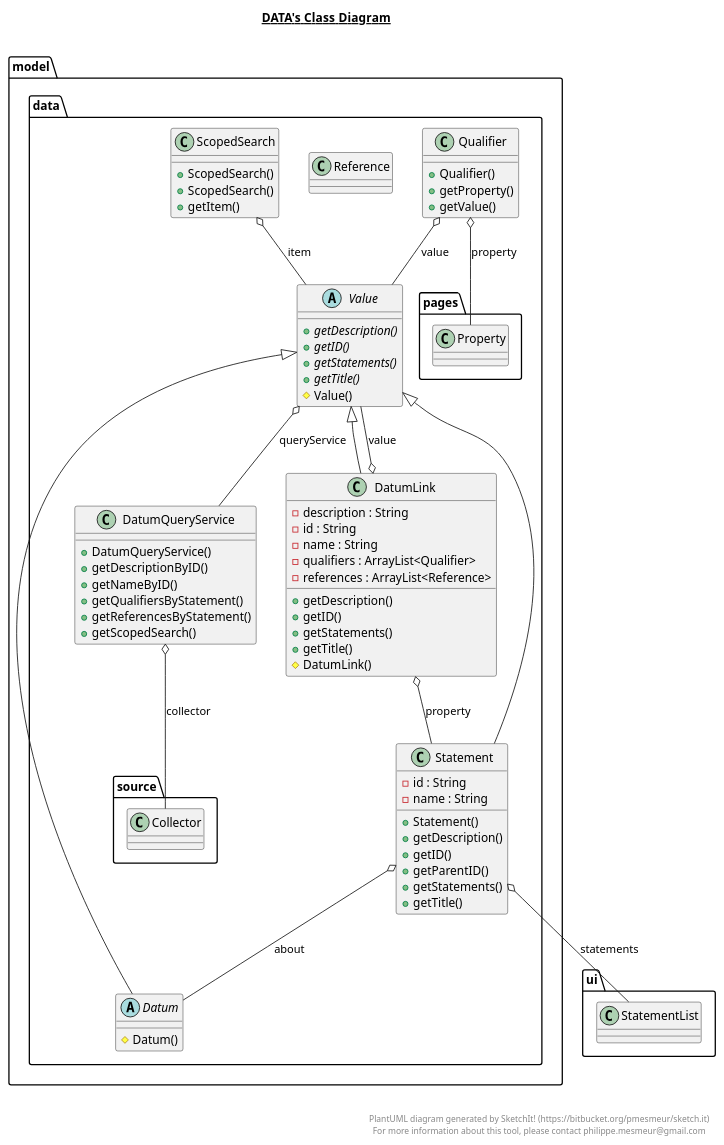
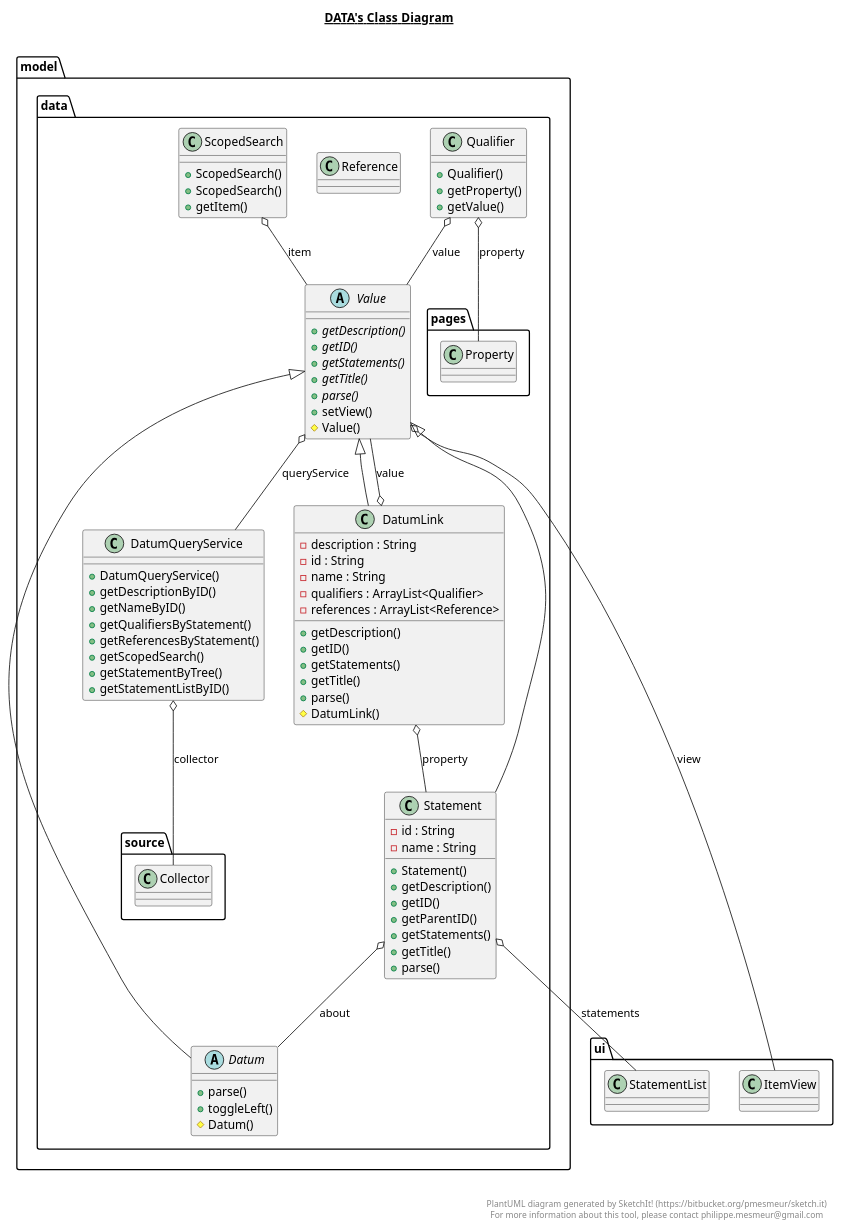
Before and after one commit to Bryce-MW/WikidataExplorer: the diagram in src/main/model/data/data.plantuml, drawn with PlantUML. The commit also changed 6 other files, not shown here.

Commit message:
Updated UML diagrams. There are a lot of circular dependencies!

```diff
--- a/src/main/model/data/data.plantuml
+++ b/src/main/model/data/data.plantuml
@@ -1,110 +1,119 @@
 @startuml
 
 title __DATA's Class Diagram__\n
 
   namespace model.data {
     abstract class model.data.Datum {
+        + parse()
+        + toggleLeft()
         # Datum()
     }
   }
   
 
   namespace model.data {
     class model.data.DatumLink {
         - description : String
         - id : String
         - name : String
         - qualifiers : ArrayList<Qualifier>
         - references : ArrayList<Reference>
         + getDescription()
         + getID()
         + getStatements()
         + getTitle()
+        + parse()
         # DatumLink()
     }
   }
   
 
   namespace model.data {
     class model.data.DatumQueryService {
         + DatumQueryService()
         + getDescriptionByID()
         + getNameByID()
         + getQualifiersByStatement()
         + getReferencesByStatement()
         + getScopedSearch()
+        + getStatementByTree()
+        + getStatementListByID()
     }
   }
   
 
   namespace model.data {
     class model.data.Qualifier {
         + Qualifier()
         + getProperty()
         + getValue()
     }
   }
   
 
   namespace model.data {
     class model.data.Reference {
     }
   }
   
 
   namespace model.data {
     class model.data.ScopedSearch {
         + ScopedSearch()
         + ScopedSearch()
         + getItem()
     }
   }
   
 
   namespace model.data {
     class model.data.Statement {
         - id : String
         - name : String
         + Statement()
         + getDescription()
         + getID()
         + getParentID()
         + getStatements()
         + getTitle()
+        + parse()
     }
   }
   
 
   namespace model.data {
     abstract class model.data.Value {
         {abstract} + getDescription()
         {abstract} + getID()
         {abstract} + getStatements()
         {abstract} + getTitle()
+        {abstract} + parse()
+        + setView()
         # Value()
     }
   }
   
 
   model.data.Datum -up-|> model.data.Value
   model.data.DatumLink -up-|> model.data.Value
   model.data.DatumLink o-- model.data.Statement : property
   model.data.DatumLink o-- model.data.Value : value
   model.data.DatumQueryService o-- model.data.source.Collector : collector
   model.data.Qualifier o-- model.data.pages.Property : property
   model.data.Qualifier o-- model.data.Value : value
   model.data.ScopedSearch o-- model.data.Value : item
   model.data.Statement -up-|> model.data.Value
   model.data.Statement o-- model.data.Datum : about
   model.data.Statement o-- ui.StatementList : statements
   model.data.Value o-- model.data.DatumQueryService : queryService
+  model.data.Value o-- ui.ItemView : view
 
 
 right footer
 
 
 PlantUML diagram generated by SketchIt! (https://bitbucket.org/pmesmeur/sketch.it)
 For more information about this tool, please contact philippe.mesmeur@gmail.com
 endfooter
 
 @enduml
```
